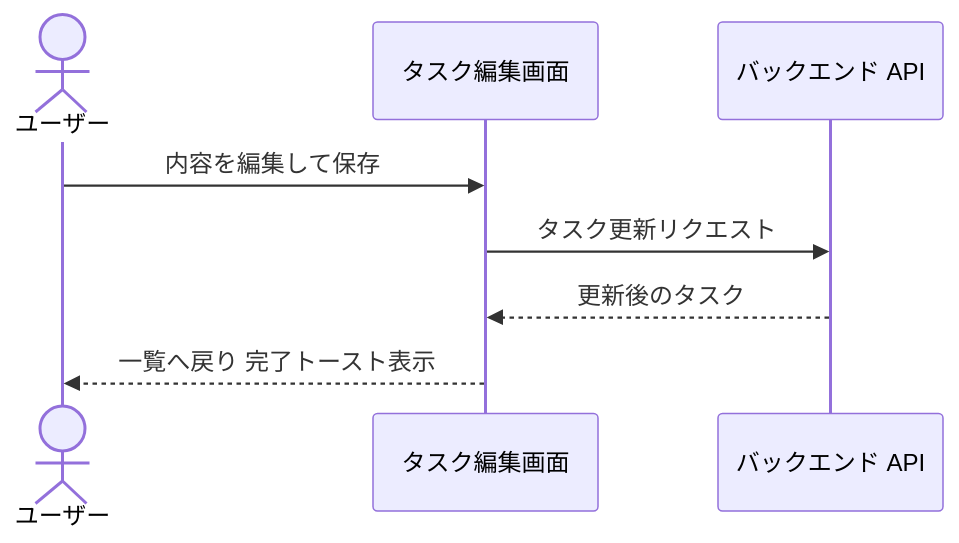
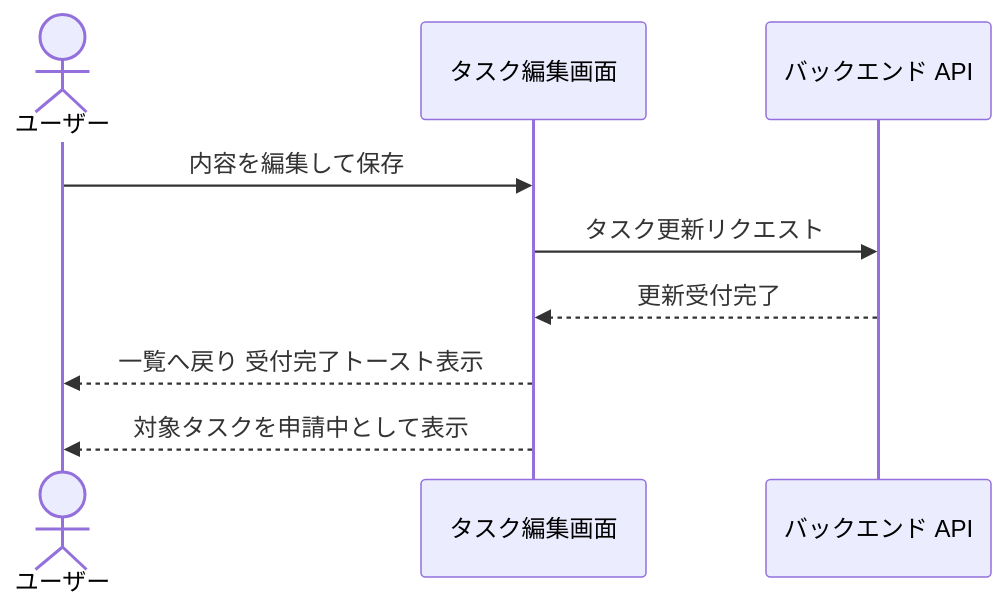
One commit to shuhei1101/ai-monitor-e2e changed the first of 2 diagrams in docs/wiki/設計図/シナリオ/単一ユースケース/タスク編集.md. Above: the diagram before and after it, drawn with Mermaid. The commit also changed other lines of this file, not shown here.

Commit message:
タスク編集単一シナリオを受付完了の決定へ改訂

````diff
--- a/docs/wiki/設計図/シナリオ/単一ユースケース/タスク編集.md
+++ b/docs/wiki/設計図/シナリオ/単一ユースケース/タスク編集.md
@@ -20,11 +20,12 @@
 ```mermaid
 sequenceDiagram
   actor U as ユーザー
   participant FE as タスク編集画面
   participant BE as バックエンド API
 
   U->>FE: 内容を編集して保存
   FE->>BE: タスク更新リクエスト
-  BE-->>FE: 更新後のタスク
-  FE-->>U: 一覧へ戻り 完了トースト表示
+  BE-->>FE: 更新受付完了
+  FE-->>U: 一覧へ戻り 受付完了トースト表示
+  FE-->>U: 対象タスクを申請中として表示
 ```
````
